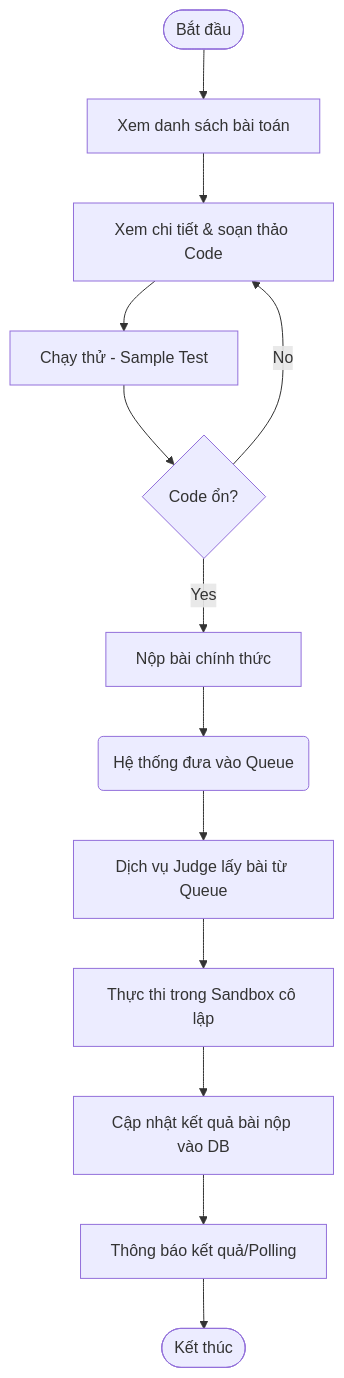
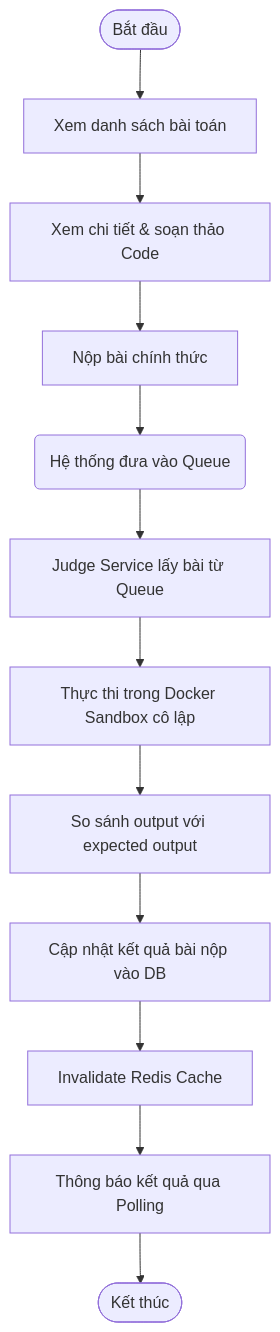
Before and after one commit to sson6926/Online-Judge-SOA: the first of 4 diagrams in docs/analysis-and-design.md, drawn with Mermaid. The commit also changed other lines of this file and 1 other file, not shown here.

Commit message:
docs: udpdate  analysis, design, and architecture documentation files

````diff
--- a/docs/analysis-and-design.md
+++ b/docs/analysis-and-design.md
@@ -18,15 +19,16 @@
 ```mermaid
 flowchart TD
+
     Start([Bắt đầu]) --> ViewList[Xem danh sách bài toán]
-    ViewList --> ViewDetail[Xem chi tiết & soạn thảo Code]
-    ViewDetail --> RunTest[Chạy thử - Sample Test]
-    RunTest --> Decision{Code ổn?}
-    Decision -- No --> ViewDetail
-    Decision -- Yes --> Submit[Nộp bài chính thức]
+
+ViewList --> ViewDetail[Xem chi tiết & soạn thảo Code]
+    ViewDetail --> Submit[Nộp bài chính thức]
     Submit --> Queue(Hệ thống đưa vào Queue)
-    Queue --> Judge[Dịch vụ Judge lấy bài từ Queue]
-    Judge --> Sandbox[Thực thi trong Sandbox cô lập]
-    Sandbox --> Update[Cập nhật kết quả bài nộp vào DB]
-    Update --> Notify[Thông báo kết quả/Polling]
+    Queue --> Judge[Judge Service lấy bài từ Queue]
+    Judge --> Sandbox[Thực thi trong Docker Sandbox cô lập]
+    Sandbox --> Compare[So sánh output với expected output]
+    Compare --> Update[Cập nhật kết quả bài nộp vào DB]
+    Update --> Cache[Invalidate Redis Cache]
+    Cache --> Notify[Thông báo kết quả qua Polling]
     Notify --> End([Kết thúc])
 ```
````
